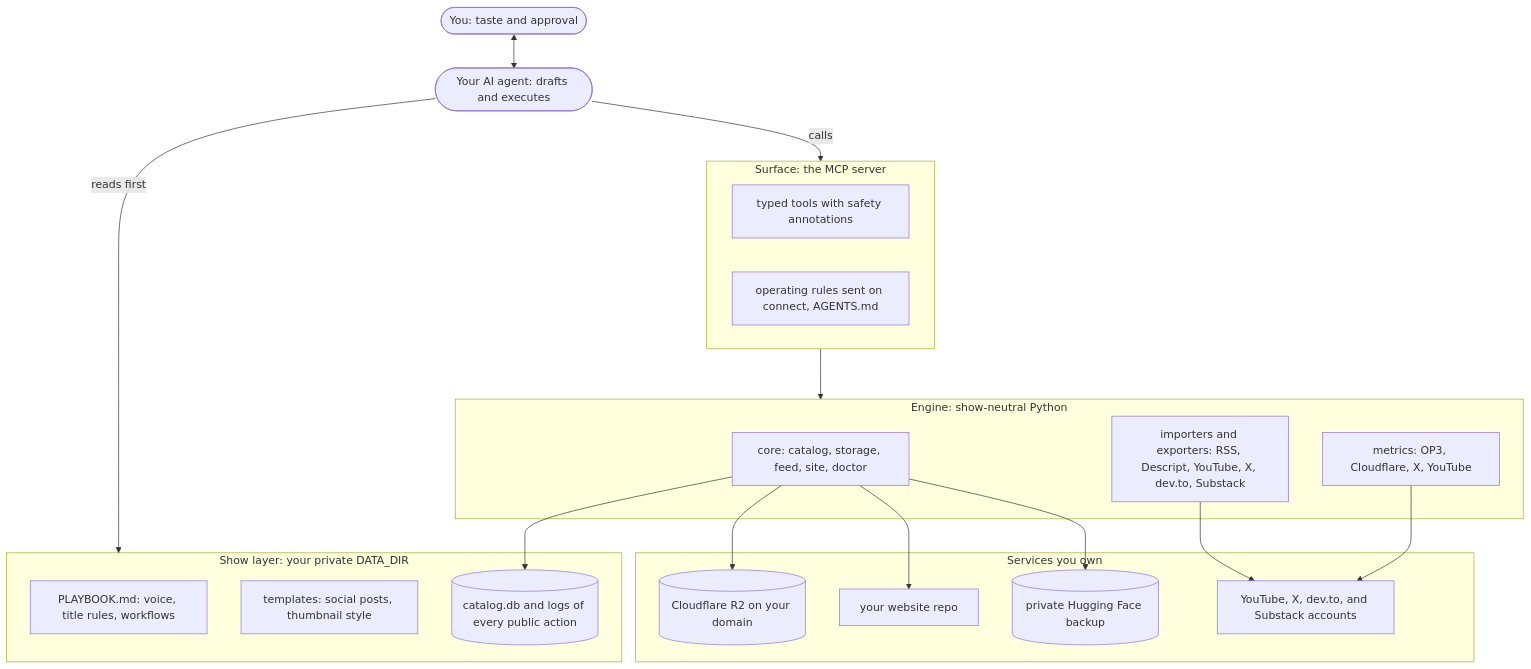
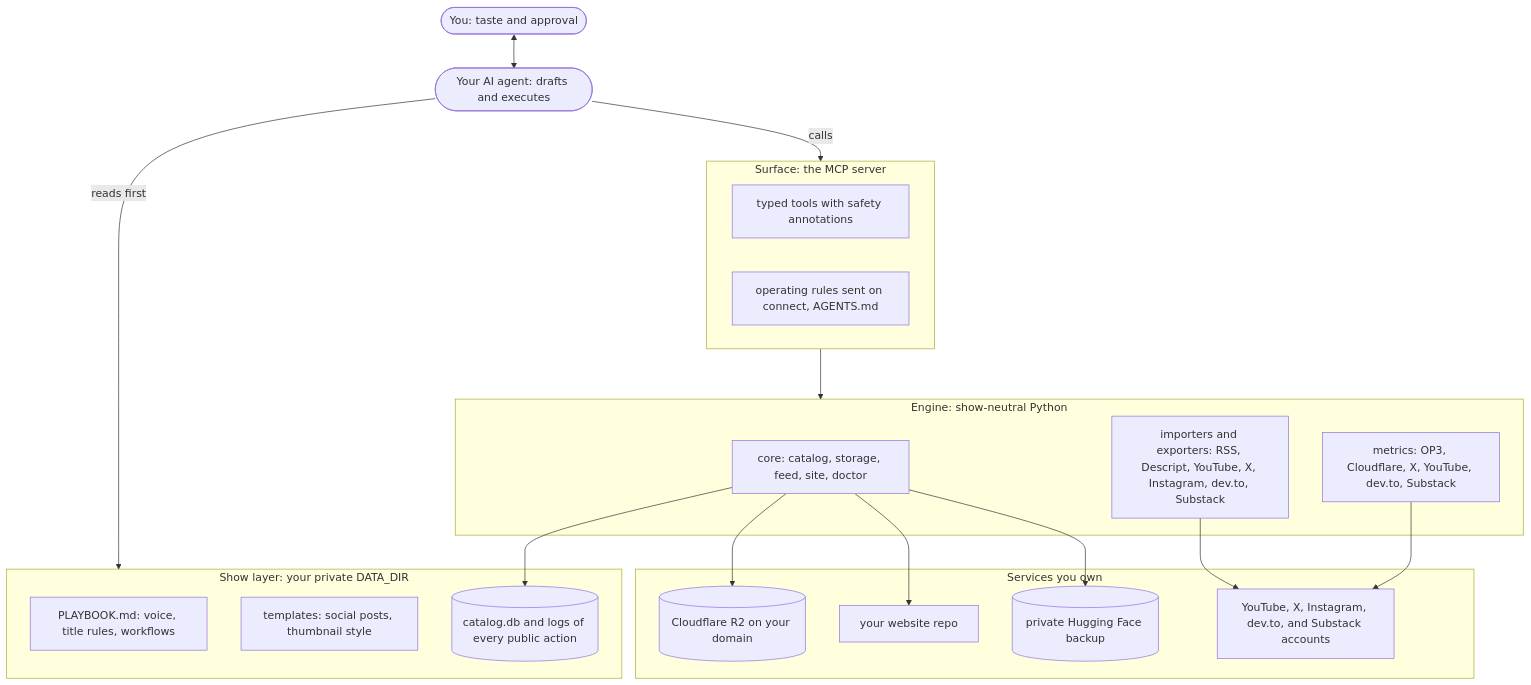
The second of 4 diagrams in README.md (harpreetsahota204/podcast_server), drawn with Mermaid before and after one commit. The commit also changed other lines of this file and 20 other files, not shown here.

Commit message:
Add Instagram image posting: an MCP tool that converts approved images to JPEG, stages them on R2, and publishes them through Meta's Graph API, with a one-time login that stores a non-expiring Page token in a private file.

````diff
--- a/README.md
+++ b/README.md
@@ -79,38 +79,38 @@
 ```mermaid
 flowchart TB
     YOU([You: taste and approval]) <--> AGENT([Your AI agent: drafts and executes])
     AGENT -->|reads first| SHOW
     AGENT -->|calls| SURFACE
 
     subgraph SHOW["Show layer: your private DATA_DIR"]
         PB[PLAYBOOK.md: voice, title rules, workflows]
         TPL[templates: social posts, thumbnail style]
         CAT[(catalog.db and logs of every public action)]
     end
 
     subgraph SURFACE["Surface: the MCP server"]
         TOOLS[typed tools with safety annotations]
         RULES[operating rules sent on connect, AGENTS.md]
     end
 
     subgraph ENGINE["Engine: show-neutral Python"]
         CORE[core: catalog, storage, feed, site, doctor]
-        IO[importers and exporters: RSS, Descript, YouTube, X, dev.to, Substack]
-        MET[metrics: OP3, Cloudflare, X, YouTube]
+        IO[importers and exporters: RSS, Descript, YouTube, X, Instagram, dev.to, Substack]
+        MET[metrics: OP3, Cloudflare, X, YouTube, dev.to, Substack]
     end
 
     subgraph OWNED["Services you own"]
         R2[(Cloudflare R2 on your domain)]
         WEB[your website repo]
-        PLAT[YouTube, X, dev.to, and Substack accounts]
+        PLAT[YouTube, X, Instagram, dev.to, and Substack accounts]
         HF[(private Hugging Face backup)]
     end
 
     SURFACE --> ENGINE
     CORE --> CAT
     CORE --> R2
     CORE --> WEB
     CORE --> HF
     IO --> PLAT
     MET --> PLAT
 ```
````
